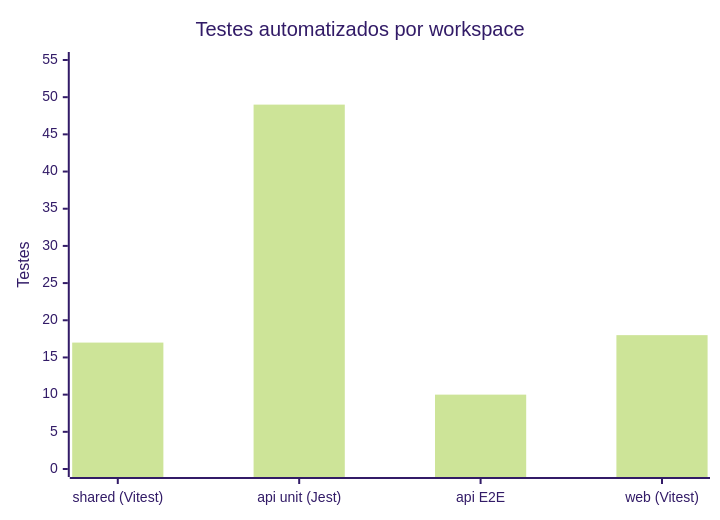
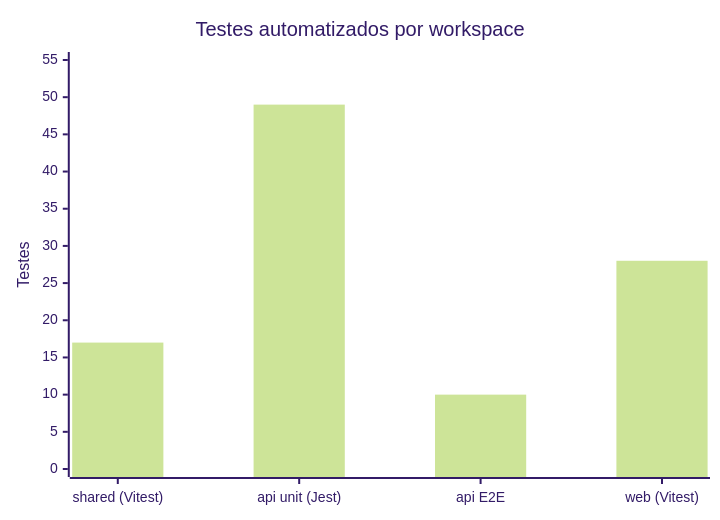
One commit to Digooow/pokedex-frontend changed the ninth of 12 diagrams in README.md. Above: the diagram before and after it, drawn with Mermaid (forest theme). The commit also changed other lines of this file and 55 other files, not shown here.

````diff
--- a/README.md
+++ b/README.md
@@ -519,7 +519,7 @@
 ```mermaid
 xychart-beta
   title "Testes automatizados por workspace"
   x-axis ["shared (Vitest)", "api unit (Jest)", "api E2E", "web (Vitest)"]
   y-axis "Testes" 0 --> 55
-  bar [17, 49, 10, 18]
+  bar [17, 49, 10, 28]
 ```
````
